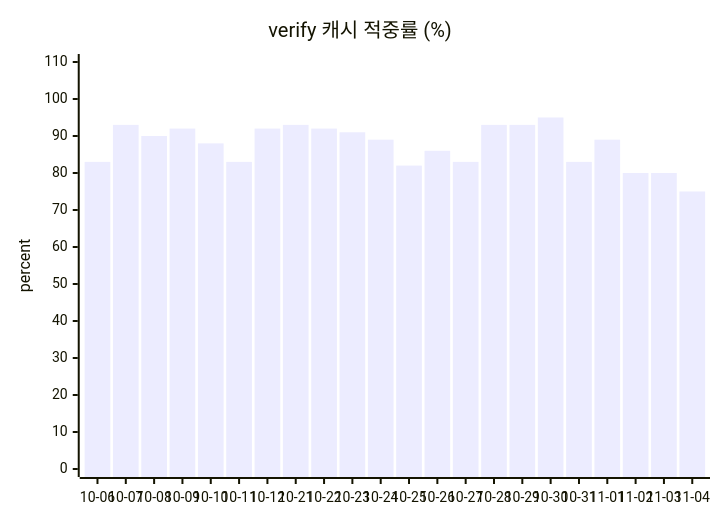
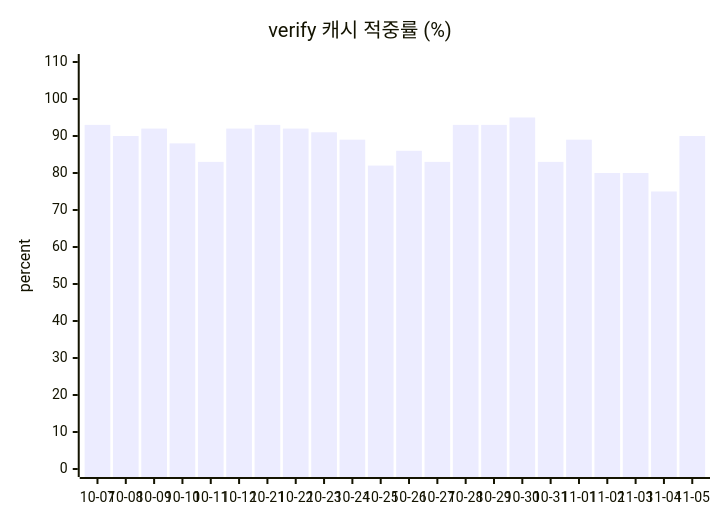
Before and after one commit to userri/PinQ-backend: the second of 2 diagrams in docs/data/token-usage.md, drawn with Mermaid. The commit also changed other lines of this file and 3 other files, not shown here.

````diff
--- a/docs/data/token-usage.md
+++ b/docs/data/token-usage.md
@@ -120,7 +120,7 @@
 ```mermaid
 xychart-beta
     title "verify 캐시 적중률 (%)"
-    x-axis ["10-06", "10-07", "10-08", "10-09", "10-10", "10-11", "10-12", "10-21", "10-22", "10-23", "10-24", "10-25", "10-26", "10-27", "10-28", "10-29", "10-30", "10-31", "11-01", "11-02", "11-03", "11-04"]
+    x-axis ["10-07", "10-08", "10-09", "10-10", "10-11", "10-12", "10-21", "10-22", "10-23", "10-24", "10-25", "10-26", "10-27", "10-28", "10-29", "10-30", "10-31", "11-01", "11-02", "11-03", "11-04", "11-05"]
     y-axis "percent" 0 --> 110
-    bar [83, 93, 90, 92, 88, 83, 92, 93, 92, 91, 89, 82, 86, 83, 93, 93, 95, 83, 89, 80, 80, 75]
+    bar [93, 90, 92, 88, 83, 92, 93, 92, 91, 89, 82, 86, 83, 93, 93, 95, 83, 89, 80, 80, 75, 90]
 ```
````
